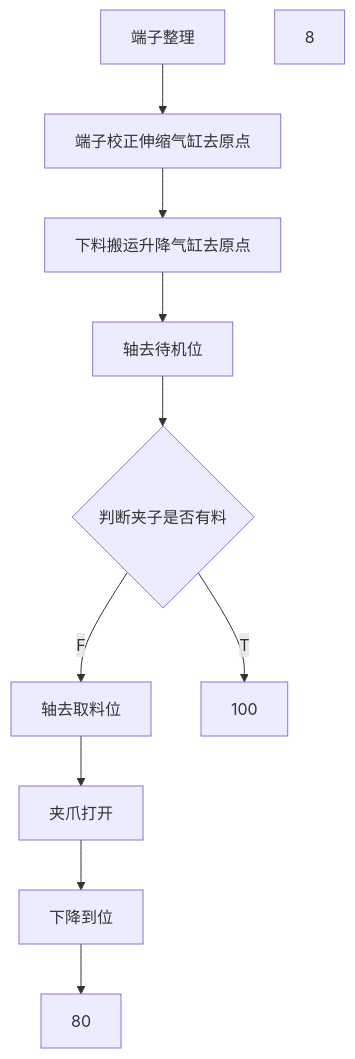
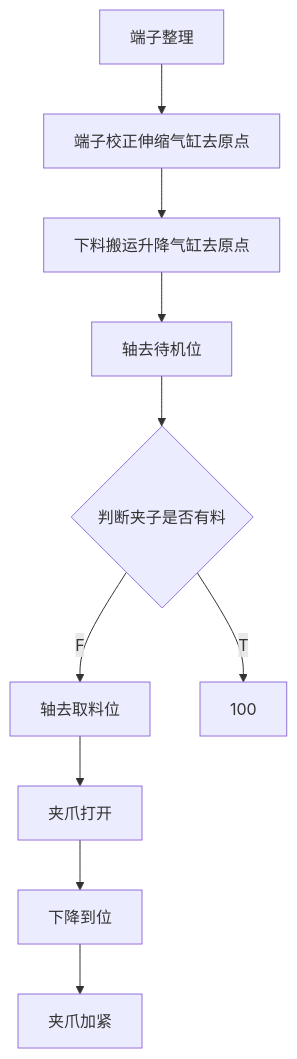
Before and after one commit to zmq000/iodraw-files: the diagram in all/VR-OP90端子整理.md, drawn with Mermaid.

Commit message:
2026-06-18 11:01:03 update

````diff
--- a/all/VR-OP90端子整理.md
+++ b/all/VR-OP90端子整理.md
@@ -1,17 +1,17 @@
 ```mermaid
 graph TD
 0[端子整理]-->10
 10[端子校正伸缩气缸去原点]-->20
 20[下料搬运升降气缸去原点]-->30
 30[轴去待机位]-->40
 40{判断夹子是否有料}-->|T|100
 40-->|F|50
 50[轴去取料位]-->60
 60[夹爪打开]-->70
 70[下降到位]-->80
-8
+80[夹爪加紧]
 
 
 
   
 ```
````
